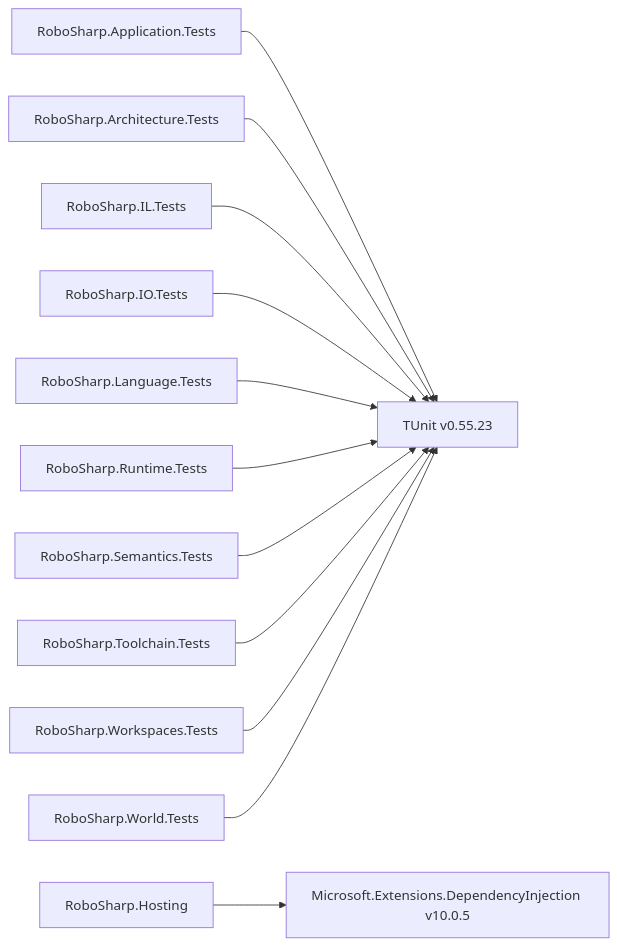
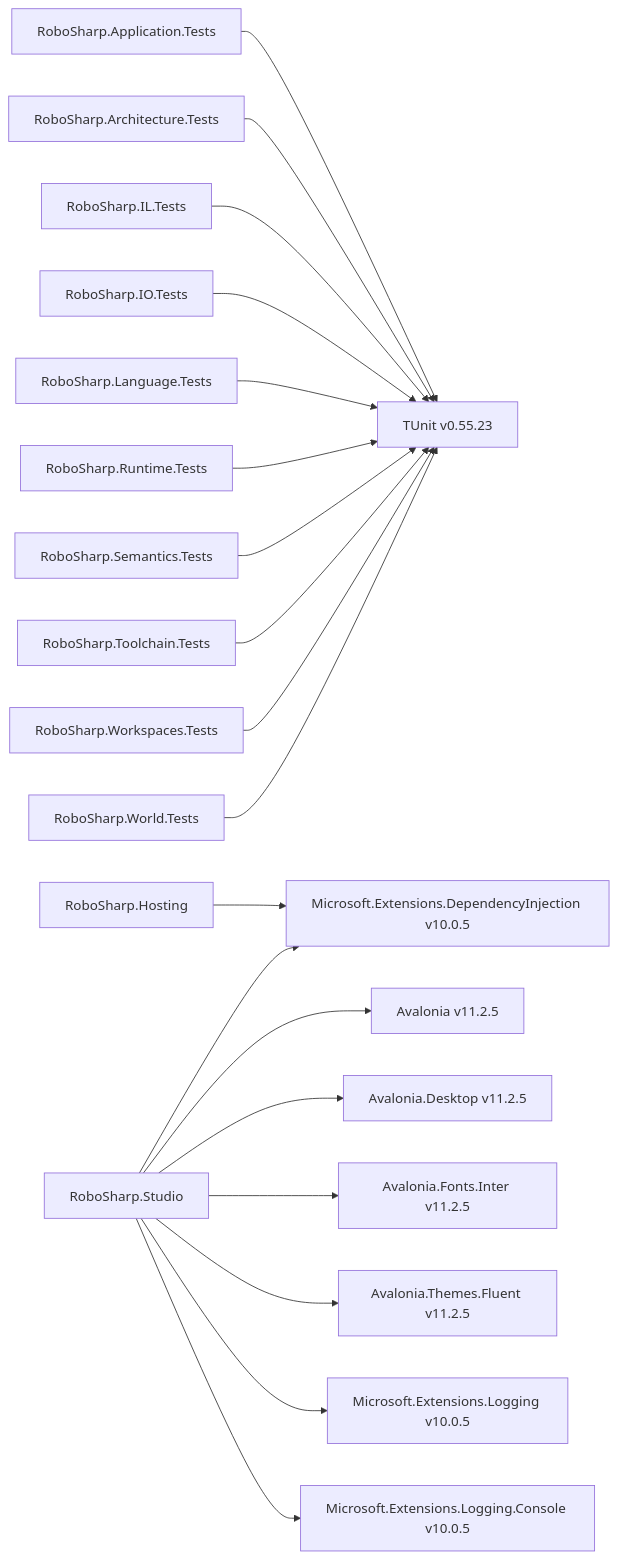
The diagram in docs/diagrams/nuget-references.md (frankhaugen/RoboSharp), drawn with Mermaid before and after one commit. The commit also changed 22 other files, not shown here.

First line of the commit message:
feat(Studio): Avalonia code-first shell with modular pipeline UI

````diff
--- a/docs/diagrams/nuget-references.md
+++ b/docs/diagrams/nuget-references.md
@@ -7,14 +7,21 @@
 ```mermaid
 flowchart LR
   RoboSharp_Application_Tests["RoboSharp.Application.Tests"] --> pkg_TUnit["TUnit v0.55.23"]
   RoboSharp_Architecture_Tests["RoboSharp.Architecture.Tests"] --> pkg_TUnit["TUnit v0.55.23"]
   RoboSharp_Hosting["RoboSharp.Hosting"] --> pkg_Microsoft_Extensions_DependencyInjection["Microsoft.Extensions.DependencyInjection v10.0.5"]
   RoboSharp_IL_Tests["RoboSharp.IL.Tests"] --> pkg_TUnit["TUnit v0.55.23"]
   RoboSharp_IO_Tests["RoboSharp.IO.Tests"] --> pkg_TUnit["TUnit v0.55.23"]
   RoboSharp_Language_Tests["RoboSharp.Language.Tests"] --> pkg_TUnit["TUnit v0.55.23"]
   RoboSharp_Runtime_Tests["RoboSharp.Runtime.Tests"] --> pkg_TUnit["TUnit v0.55.23"]
   RoboSharp_Semantics_Tests["RoboSharp.Semantics.Tests"] --> pkg_TUnit["TUnit v0.55.23"]
+  RoboSharp_Studio["RoboSharp.Studio"] --> pkg_Avalonia["Avalonia v11.2.5"]
+  RoboSharp_Studio["RoboSharp.Studio"] --> pkg_Avalonia_Desktop["Avalonia.Desktop v11.2.5"]
+  RoboSharp_Studio["RoboSharp.Studio"] --> pkg_Avalonia_Fonts_Inter["Avalonia.Fonts.Inter v11.2.5"]
+  RoboSharp_Studio["RoboSharp.Studio"] --> pkg_Avalonia_Themes_Fluent["Avalonia.Themes.Fluent v11.2.5"]
+  RoboSharp_Studio["RoboSharp.Studio"] --> pkg_Microsoft_Extensions_DependencyInjection["Microsoft.Extensions.DependencyInjection v10.0.5"]
+  RoboSharp_Studio["RoboSharp.Studio"] --> pkg_Microsoft_Extensions_Logging["Microsoft.Extensions.Logging v10.0.5"]
+  RoboSharp_Studio["RoboSharp.Studio"] --> pkg_Microsoft_Extensions_Logging_Console["Microsoft.Extensions.Logging.Console v10.0.5"]
   RoboSharp_Toolchain_Tests["RoboSharp.Toolchain.Tests"] --> pkg_TUnit["TUnit v0.55.23"]
   RoboSharp_Workspaces_Tests["RoboSharp.Workspaces.Tests"] --> pkg_TUnit["TUnit v0.55.23"]
   RoboSharp_World_Tests["RoboSharp.World.Tests"] --> pkg_TUnit["TUnit v0.55.23"]
 ```
````
